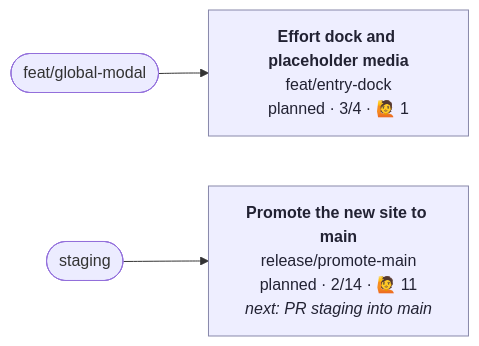
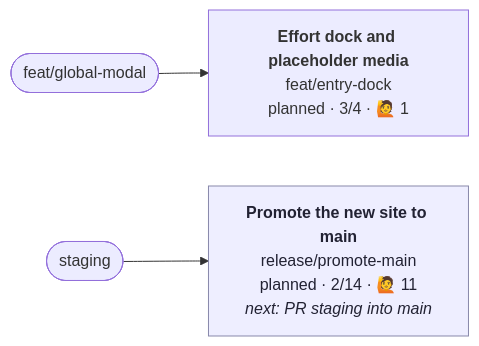
Before and after one commit to henryjonescodes/portfolio: the diagram in CONTRIBUTING.md, drawn with Mermaid. The commit also changed other lines of this file, not shown here.

````diff
--- a/CONTRIBUTING.md
+++ b/CONTRIBUTING.md
@@ -5,16 +5,16 @@
 ```mermaid
 flowchart LR
   n_feat_global_modal([feat/global-modal])
   n_staging([staging])
   n_feat_entry_dock["<b>Effort dock and placeholder media</b><br/>feat/entry-dock<br/>planned · 3/4 · 🙋 1"]
-  class n_feat_entry_dock planned
+  class n_feat_entry_dock planned,current
   n_feat_global_modal --> n_feat_entry_dock
   n_release_promote_main["<b>Promote the new site to main</b><br/>release/promote-main<br/>planned · 2/14 · 🙋 11<br/><i>next: PR staging into main</i>"]
   class n_release_promote_main planned
   n_staging --> n_release_promote_main
   classDef planned fill:#eef,stroke:#88a,color:#223
   classDef active fill:#dfd,stroke:#3a3,stroke-width:3px,color:#132
   classDef blocked fill:#fdd,stroke:#c33,color:#311
   classDef review fill:#ffd,stroke:#cc3,color:#331
   classDef current stroke:#06c,stroke-width:4px
 ```
````
